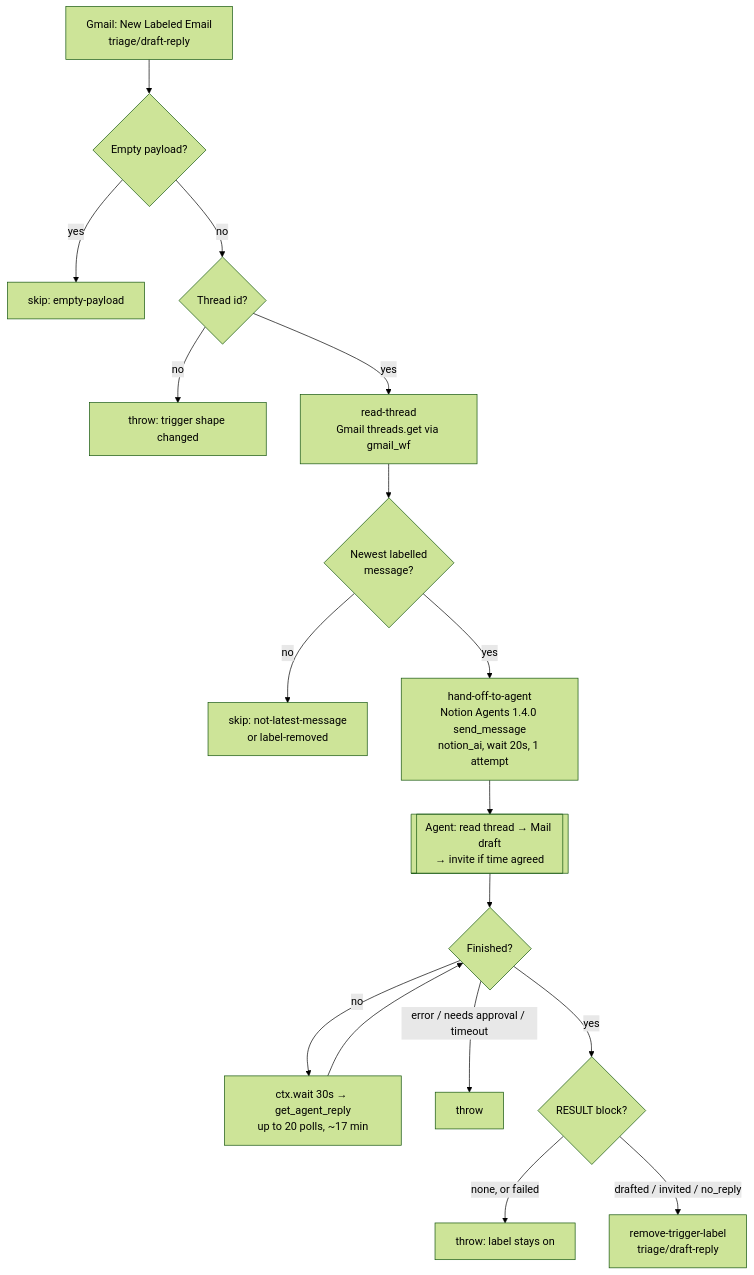
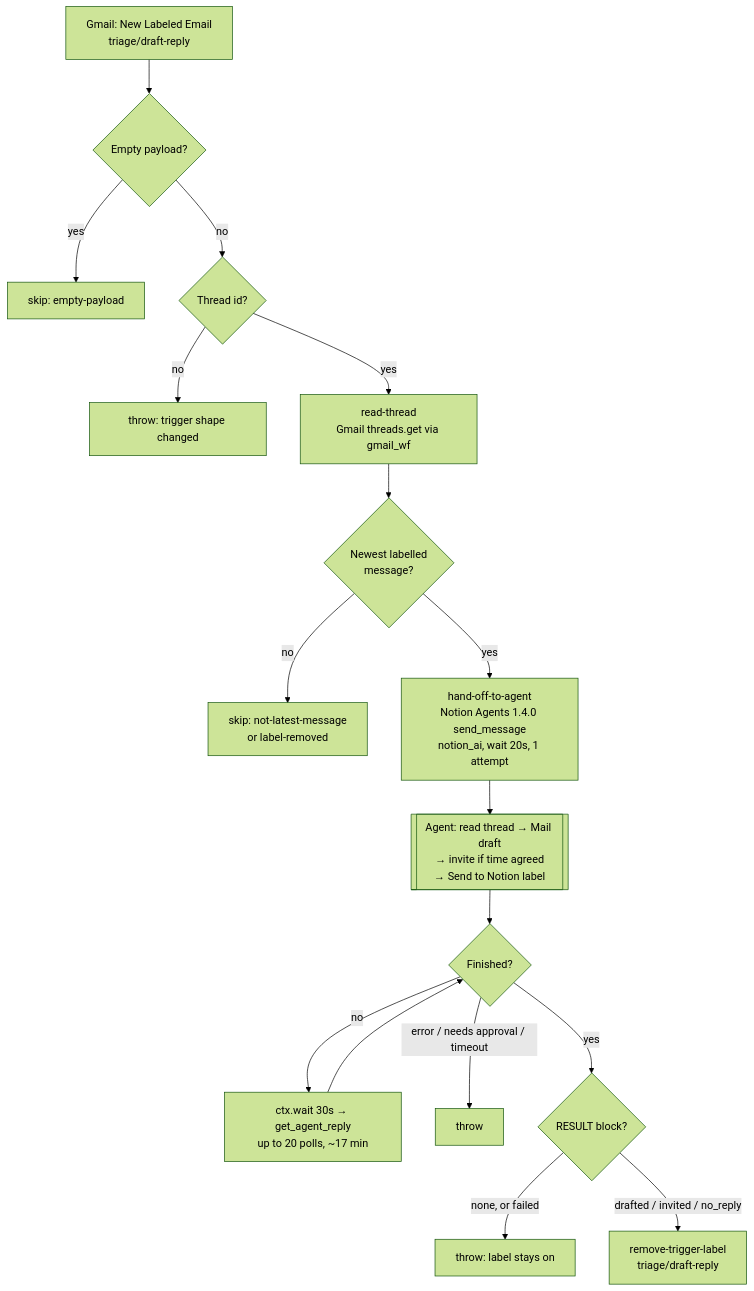
Before and after one commit to work-flowers/zapier-sdk: the diagram in gmail-label-to-agent-email-draft/README.md, drawn with Mermaid (forest theme). The commit also changed other lines of this file and 2 other files, not shown here.

Commit message:
gmail-label-to-agent-email-draft: agent applies Send to Notion after drafting

````diff
--- a/gmail-label-to-agent-email-draft/README.md
+++ b/gmail-label-to-agent-email-draft/README.md
@@ -9,19 +9,19 @@
 ```mermaid
 flowchart TD
   A[Gmail: New Labeled Email<br/>triage/draft-reply] --> B{Empty payload?}
   B -- yes --> Z[skip: empty-payload]
   B -- no --> C{Thread id?}
   C -- no --> X[throw: trigger shape changed]
   C -- yes --> T[read-thread<br/>Gmail threads.get via gmail_wf]
   T --> N{Newest labelled<br/>message?}
   N -- no --> Z2[skip: not-latest-message<br/>or label-removed]
   N -- yes --> D[hand-off-to-agent<br/>Notion Agents 1.4.0 send_message<br/>notion_ai, wait 20s, 1 attempt]
-  D --> AG[[Agent: read thread → Mail draft<br/>→ invite if time agreed]]
+  D --> AG[[Agent: read thread → Mail draft<br/>→ invite if time agreed<br/>→ Send to Notion label]]
   AG --> E{Finished?}
   E -- no --> W[ctx.wait 30s → get_agent_reply<br/>up to 20 polls, ~17 min]
   W --> E
   E -- error / needs approval / timeout --> X2[throw]
   E -- yes --> P{RESULT block?}
   P -- none, or failed --> X3[throw: label stays on]
   P -- drafted / invited / no_reply --> R[remove-trigger-label<br/>triage/draft-reply]
 ```
````
